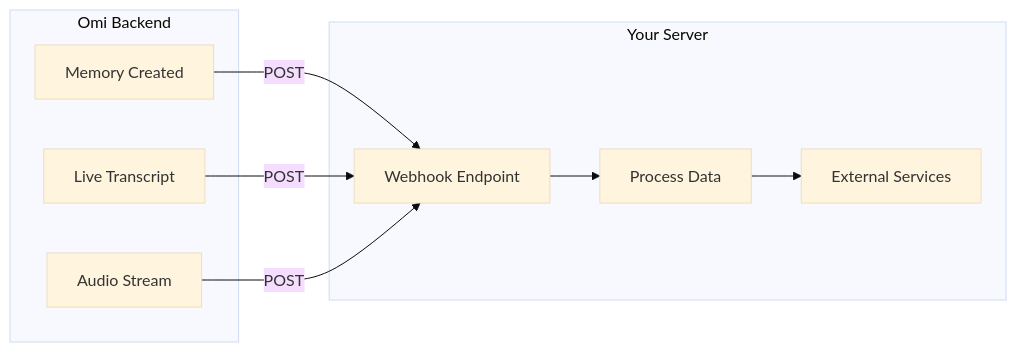
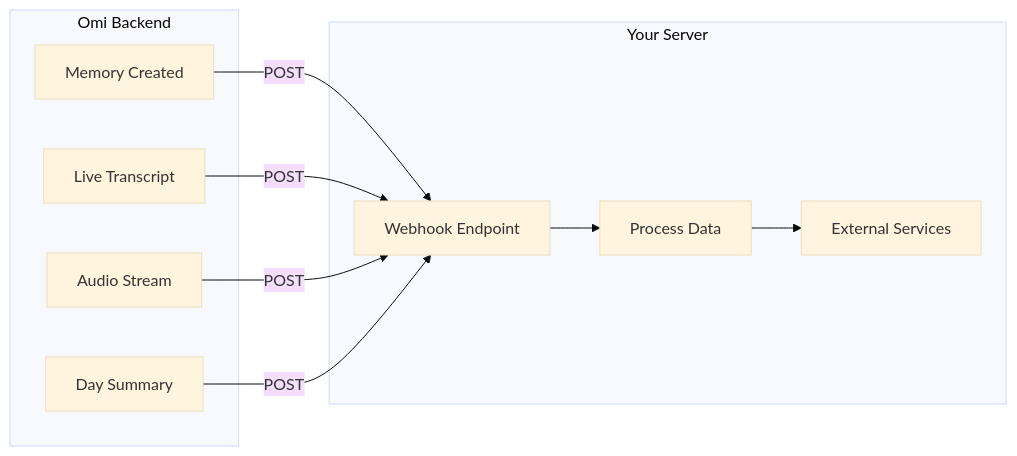
The diagram in docs/doc/developer/apps/Integrations.mdx (DG303/omi), drawn with Mermaid (base theme) before and after one commit. The commit also changed other lines of this file, not shown here.

````diff
--- a/docs/doc/developer/apps/Integrations.mdx
+++ b/docs/doc/developer/apps/Integrations.mdx
@@ -23,20 +26,22 @@
 ```mermaid
 flowchart LR
     subgraph Omi["Omi Backend"]
         M[Memory Created]
         T[Live Transcript]
         A[Audio Stream]
+        D[Day Summary]
     end
 
     subgraph Your["Your Server"]
         W[Webhook Endpoint]
         P[Process Data]
         E[External Services]
     end
 
     M -->|POST| W
     T -->|POST| W
     A -->|POST| W
+    D -->|POST| W
     W --> P
     P --> E
 ```
````
